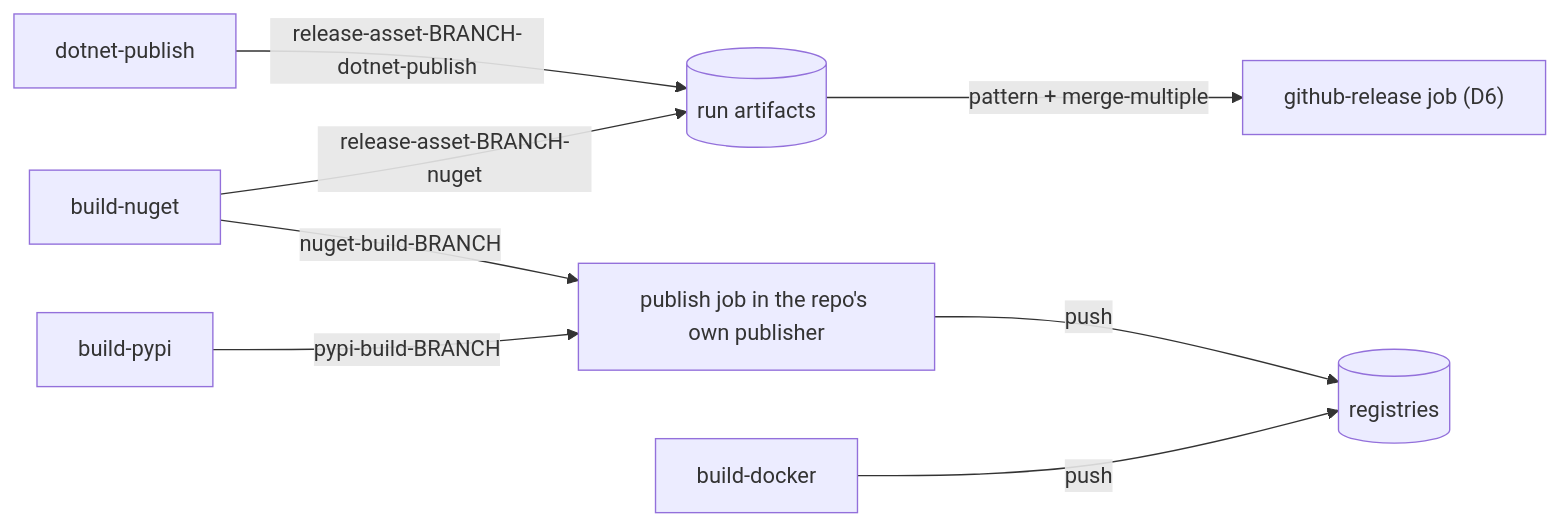
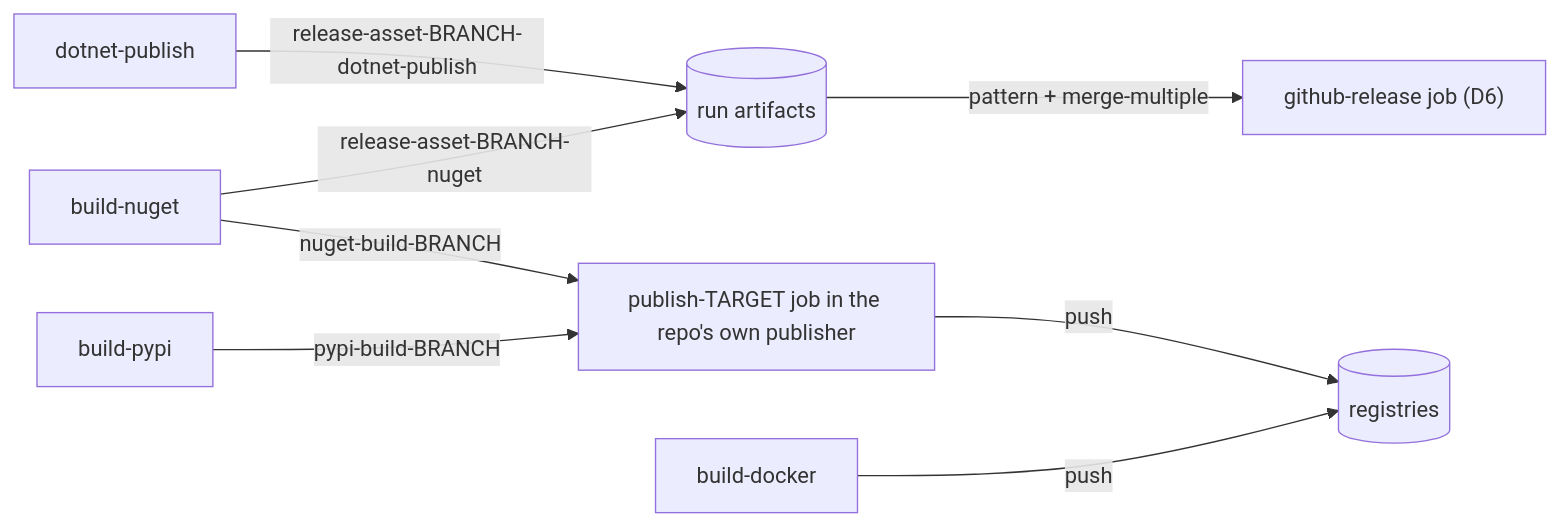
Before and after one commit to ptr727/ProjectTemplate: the third of 5 diagrams in WORKFLOW.md, drawn with Mermaid. The commit also changed other lines of this file and 7 other files, not shown here.

````diff
--- a/WORKFLOW.md
+++ b/WORKFLOW.md
@@ -79,10 +79,10 @@
 ```mermaid
 flowchart LR
   dotnet[dotnet-publish] -->|release-asset-BRANCH-dotnet-publish| store[(run artifacts)]
   nuget[build-nuget] -->|release-asset-BRANCH-nuget| store
   store -->|pattern + merge-multiple| rel["github-release job (D6)"]
-  nuget -->|nuget-build-BRANCH| pub["publish job in the repo's own publisher"]
+  nuget -->|nuget-build-BRANCH| pub["publish-TARGET job in the repo's own publisher"]
   pypi[build-pypi] -->|pypi-build-BRANCH| pub
   pub -->|push| registries[(registries)]
   docker[build-docker] -->|push| registries
 ```
````
